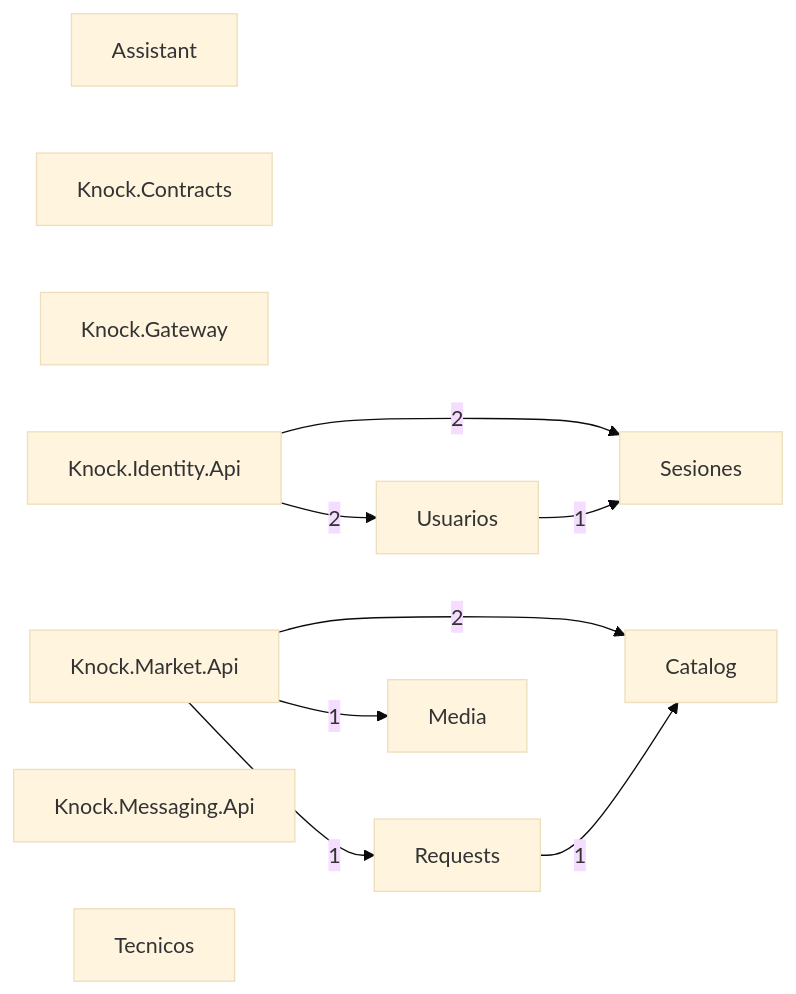
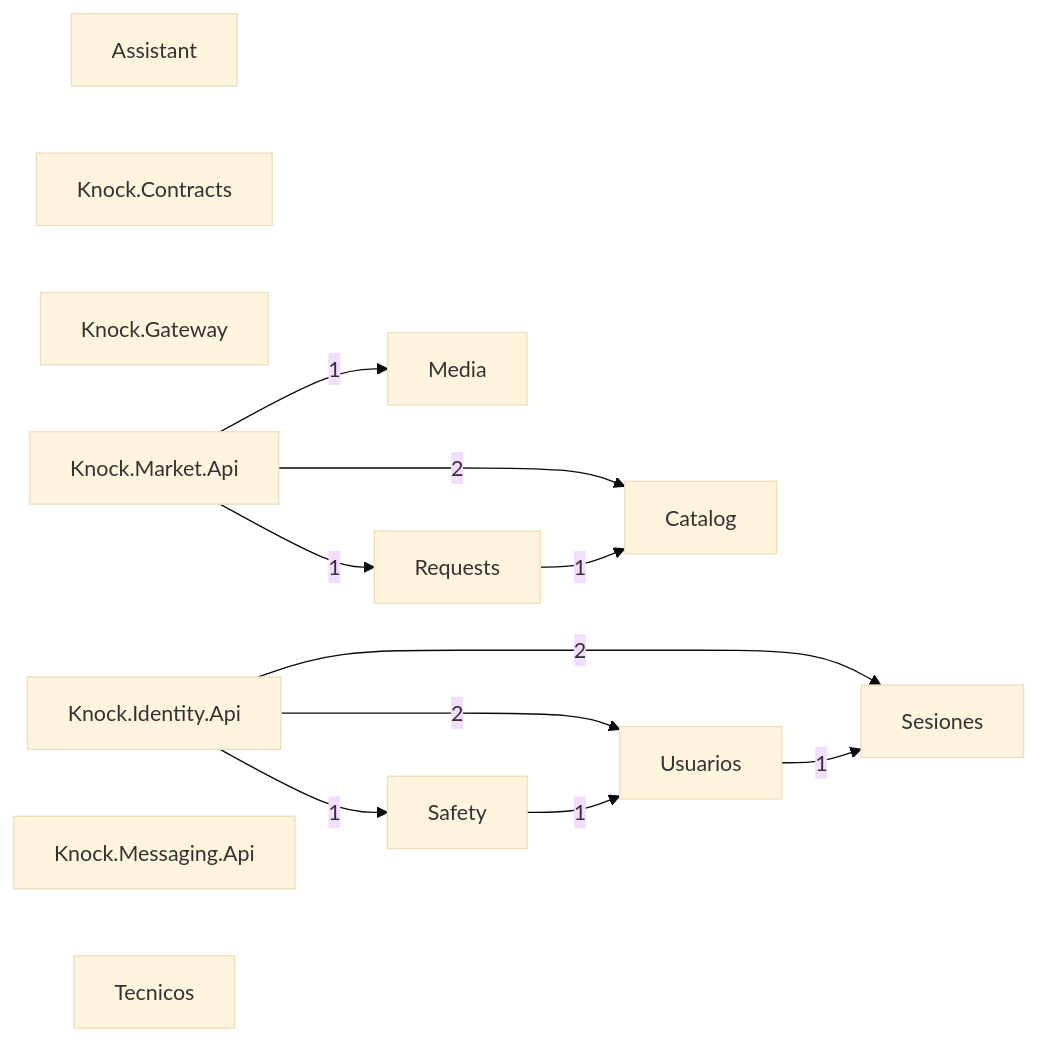
One commit to Tensei-Devs/knock-backend changed the diagram in docs/architecture/modules.mmd. Above: the diagram before and after it, drawn with Mermaid (base theme). The commit also changed 22 other files, not shown here.

Commit message:
feat(safety): add blocks between people (KNOCK-110)

```diff
--- a/docs/architecture/modules.mmd
+++ b/docs/architecture/modules.mmd
@@ -1,20 +1,23 @@
 graph LR
   Assistant["Assistant"]
   Catalog["Catalog"]
   Knock_Contracts["Knock.Contracts"]
   Knock_Gateway["Knock.Gateway"]
   Knock_Identity_Api["Knock.Identity.Api"]
   Knock_Market_Api["Knock.Market.Api"]
   Knock_Messaging_Api["Knock.Messaging.Api"]
   Media["Media"]
   Requests["Requests"]
+  Safety["Safety"]
   Sesiones["Sesiones"]
   Tecnicos["Tecnicos"]
   Usuarios["Usuarios"]
+  Knock_Identity_Api -->|1| Safety
   Knock_Identity_Api -->|2| Sesiones
   Knock_Identity_Api -->|2| Usuarios
   Knock_Market_Api -->|2| Catalog
   Knock_Market_Api -->|1| Media
   Knock_Market_Api -->|1| Requests
   Requests -->|1| Catalog
+  Safety -->|1| Usuarios
   Usuarios -->|1| Sesiones
```
